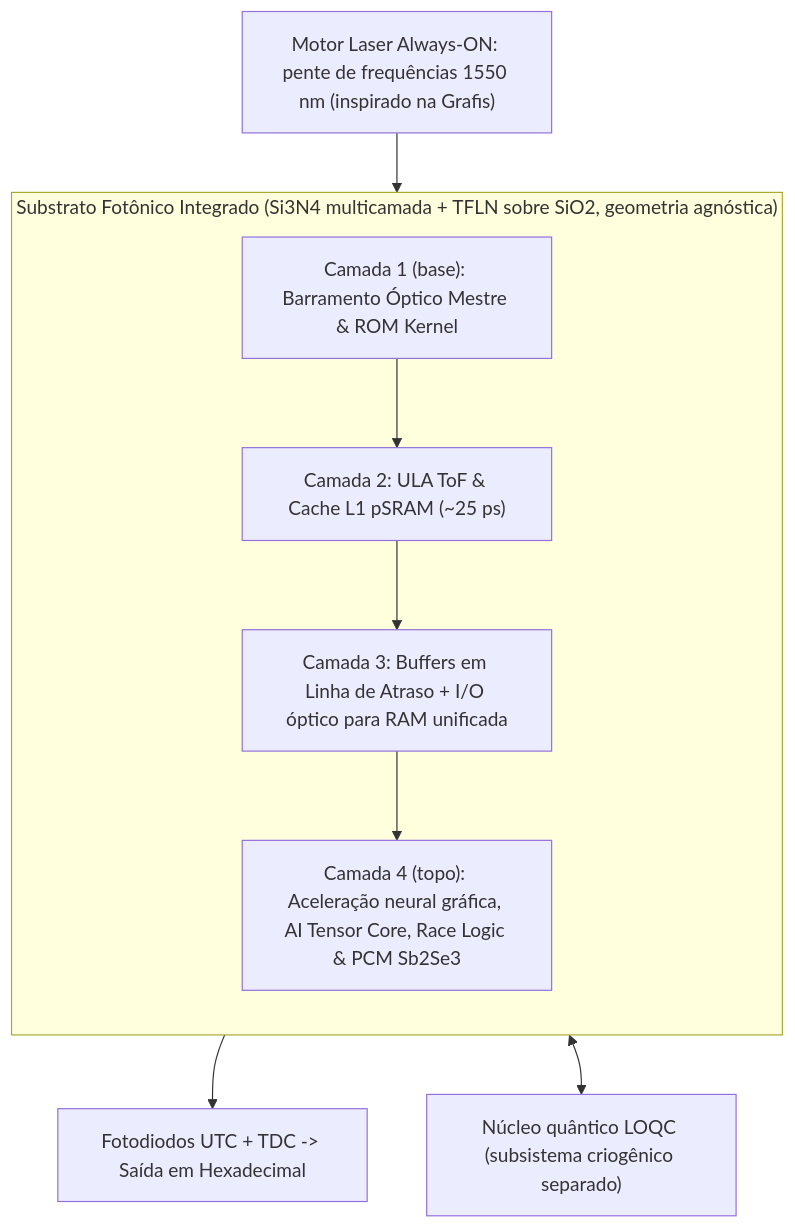
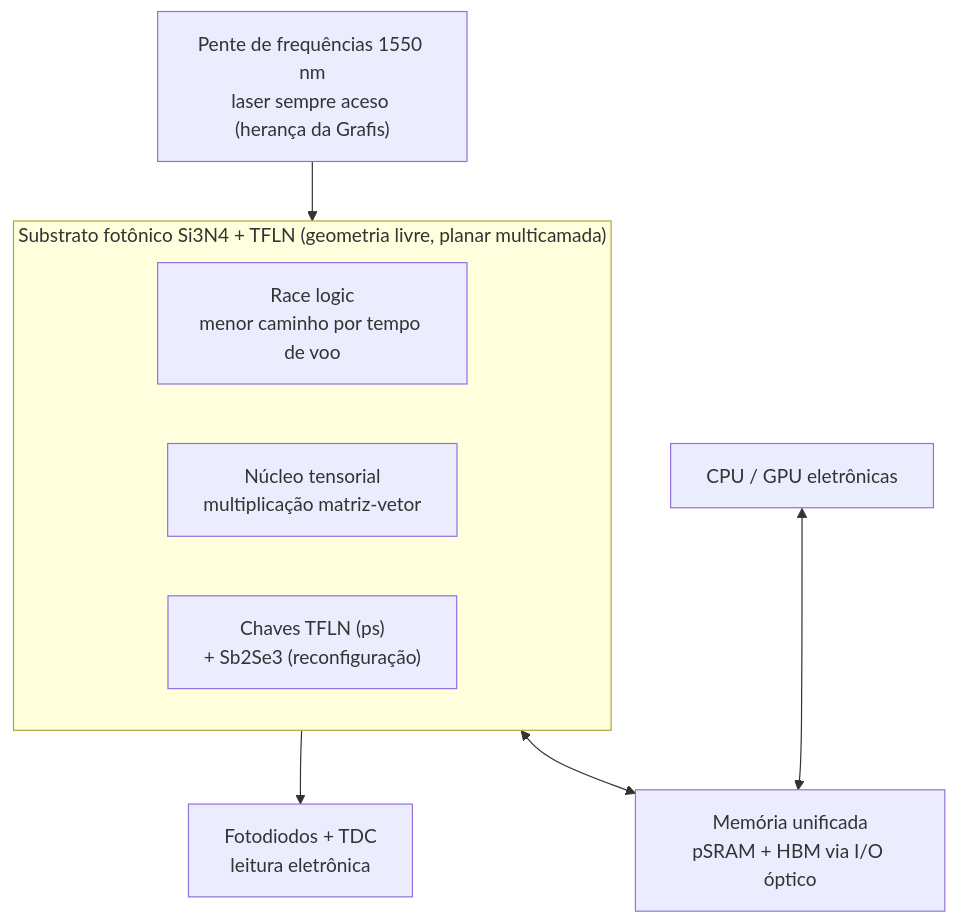
Before and after one commit to Roliveira96/SilicaCore: the second of 2 diagrams in README.md, drawn with Mermaid. The commit also changed other lines of this file, not shown here.

````diff
--- a/README.md
+++ b/README.md
@@ -138,18 +94,13 @@
 ```mermaid
-flowchart TD
-    subgraph SubstratoFotonico["Substrato Fotônico Integrado (Si3N4 multicamada + TFLN sobre SiO2, geometria agnóstica)"]
-        direction TB
-        Camada4["Camada 4 (topo): Aceleração neural gráfica, AI Tensor Core, Race Logic & PCM Sb2Se3"]
-        Camada3["Camada 3: Buffers em Linha de Atraso + I/O óptico para RAM unificada"]
-        Camada2["Camada 2: ULA ToF & Cache L1 pSRAM (~25 ps)"]
-        Camada1["Camada 1 (base): Barramento Óptico Mestre & ROM Kernel"]
-
-        Camada1 --> Camada2
-        Camada2 --> Camada3
-        Camada3 --> Camada4
+flowchart TB
+    Laser["Pente de frequências 1550 nm<br/>laser sempre aceso (herança da Grafis)"] --> Chip
+    subgraph Chip["Substrato fotônico Si3N4 + TFLN (geometria livre, planar multicamada)"]
+        direction LR
+        Race["Race logic<br/>menor caminho por tempo de voo"]
+        Tensor["Núcleo tensorial<br/>multiplicação matriz-vetor"]
+        Switch["Chaves TFLN (ps)<br/>+ Sb2Se3 (reconfiguração)"]
     end
-
-    Input["Motor Laser Always-ON: pente de frequências 1550 nm (inspirado na Grafis)"] --> SubstratoFotonico
-    SubstratoFotonico --> Output["Fotodiodos UTC + TDC -> Saída em Hexadecimal"]
-    SubstratoFotonico <--> Quantum["Núcleo quântico LOQC (subsistema criogênico separado)"]
+    Chip --> Read["Fotodiodos + TDC<br/>leitura eletrônica"]
+    Chip <--> Mem["Memória unificada<br/>pSRAM + HBM via I/O óptico"]
+    CPU["CPU / GPU eletrônicas"] <--> Mem
 ```
````
